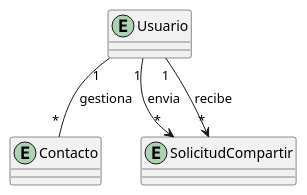
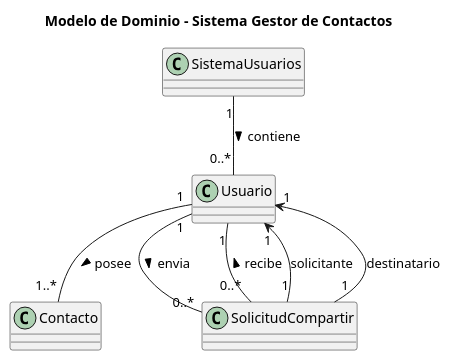
Before and after one commit to TheEbu10/Proyecto-Paradigmas: the diagram in Diagrama_Dominio.puml, drawn with PlantUML.

```diff
--- a/Diagrama_Dominio.puml
+++ b/Diagrama_Dominio.puml
@@ -1,14 +1,24 @@
-@startuml Dominio
+@startuml Sistema de Gestor de Contanctos
+title Modelo de Dominio - Sistema Gestor de Contactos
 
-entity Usuario
+class Usuario 
+class Contacto
+class SolicitudCompartir 
+class SistemaUsuarios 
 
-entity Contacto
+' Usuario tiene muchos contactos
+Usuario "1" -- "1..*" Contacto : posee >
 
-entity SolicitudCompartir
+' Solicitudes enviadas por un usuario
+Usuario "1" -- "0..*" SolicitudCompartir : envia >
 
-' Relaciones
-Usuario "1" -- "*" Contacto : gestiona
+' Solicitudes recibidas por un usuario
+Usuario "1" -- "0..*" SolicitudCompartir : recibe <
 
-Usuario "1" --> "*" SolicitudCompartir : envia
-Usuario "1" --> "*" SolicitudCompartir : recibe
+SolicitudCompartir "1" --> "1" Usuario : solicitante
+SolicitudCompartir "1" --> "1" Usuario : destinatario
+
+' SistemaUsuarios administra a varios usuarios
+SistemaUsuarios "1" -- "0..*" Usuario : contiene >
+
 @enduml
```
